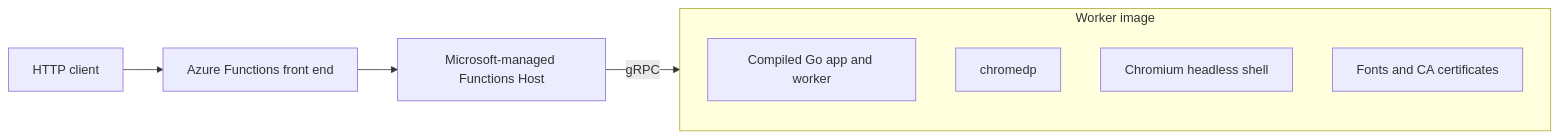
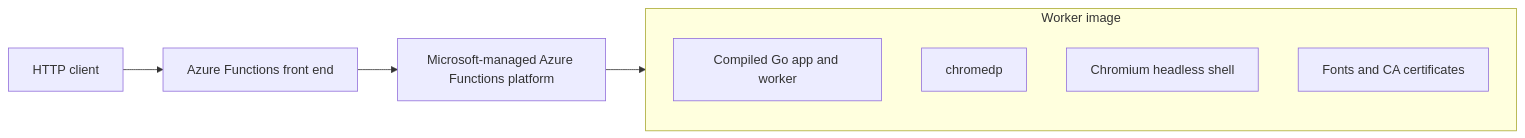
One commit to MadhuraBharadwaj-MSFT/flex-byoc-go-html-to-pdf changed the diagram in README.md. Above: the diagram before and after it, drawn with Mermaid. The commit also changed other lines of this file and 2 other files, not shown here.

First line of the commit message:
Keep internal platform terms out of public docs

````diff
--- a/README.md
+++ b/README.md
@@ -28,12 +28,12 @@
 ```mermaid
 flowchart LR
     C[HTTP client] --> F[Azure Functions front end]
-    F --> H[Microsoft-managed Functions Host]
-    H -->|gRPC| W[Customer worker image]
+    F --> H[Microsoft-managed Azure Functions platform]
+    H --> W[Customer worker image]
     subgraph W[Worker image]
         A[Compiled Go app and worker]
         P[chromedp]
         B[Chromium headless shell]
         N[Fonts and CA certificates]
     end
 ```
````
